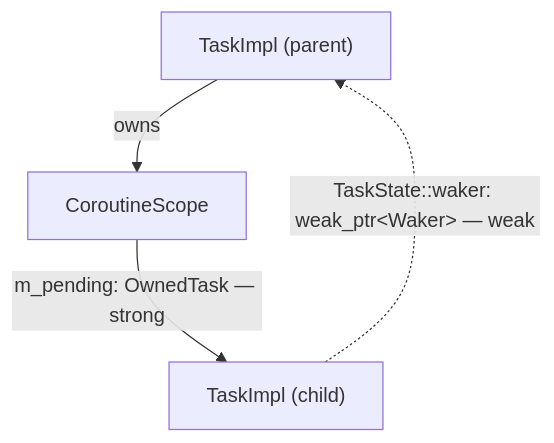
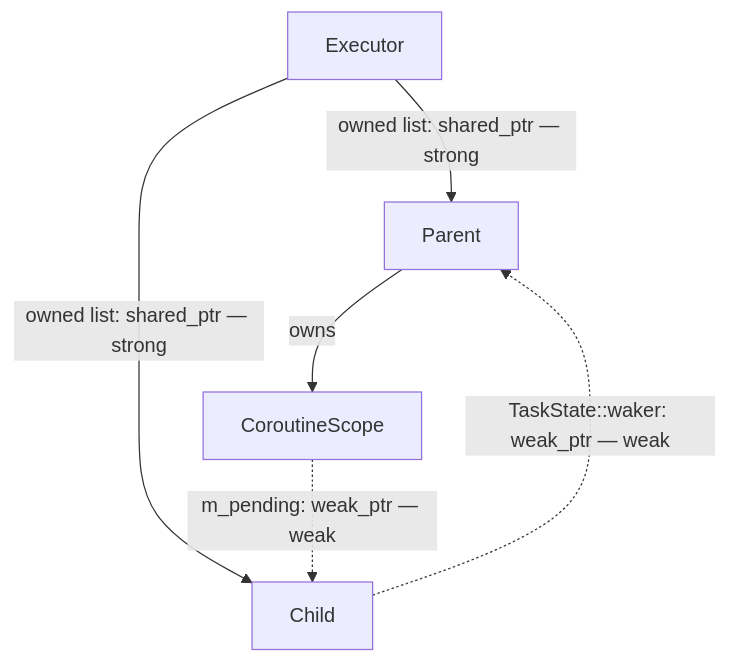
Before and after one commit to bts164/coro: the second of 5 diagrams in doc/task_ownership.md, drawn with Mermaid. The commit also changed other lines of this file and 55 other files, not shown here.

````diff
--- a/doc/task_ownership.md
+++ b/doc/task_ownership.md
@@ -54,6 +46,8 @@
 ```mermaid
 graph TD
-    Parent["TaskImpl (parent)"] -->|"owns"| Scope["CoroutineScope"]
-    Scope -->|"m_pending: OwnedTask — strong"| Child["TaskImpl (child)"]
-    Child -. "TaskState::waker: weak_ptr&lt;Waker&gt; — weak" .-> Parent
+    Executor -->|"owned list: shared_ptr — strong"| Parent
+    Executor -->|"owned list: shared_ptr — strong"| Child
+    Parent -->|"owns"| Scope["CoroutineScope"]
+    Scope -. "m_pending: weak_ptr — weak" .-> Child
+    Child -. "TaskState::waker: weak_ptr — weak" .-> Parent
 ```
````
